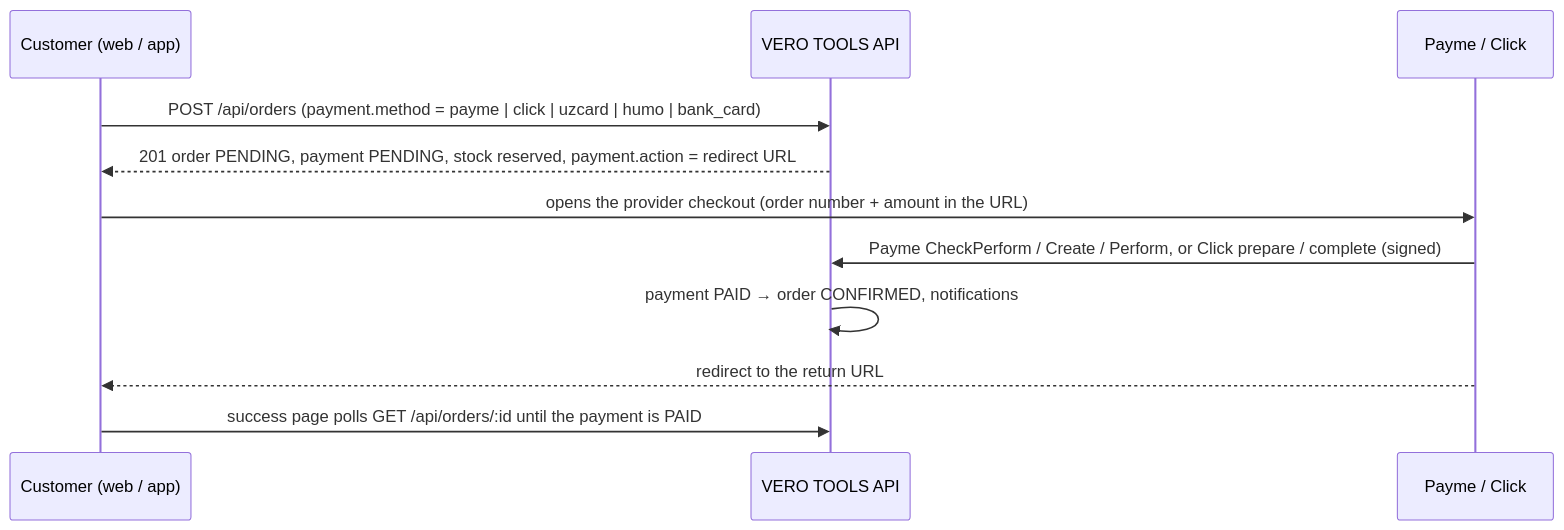
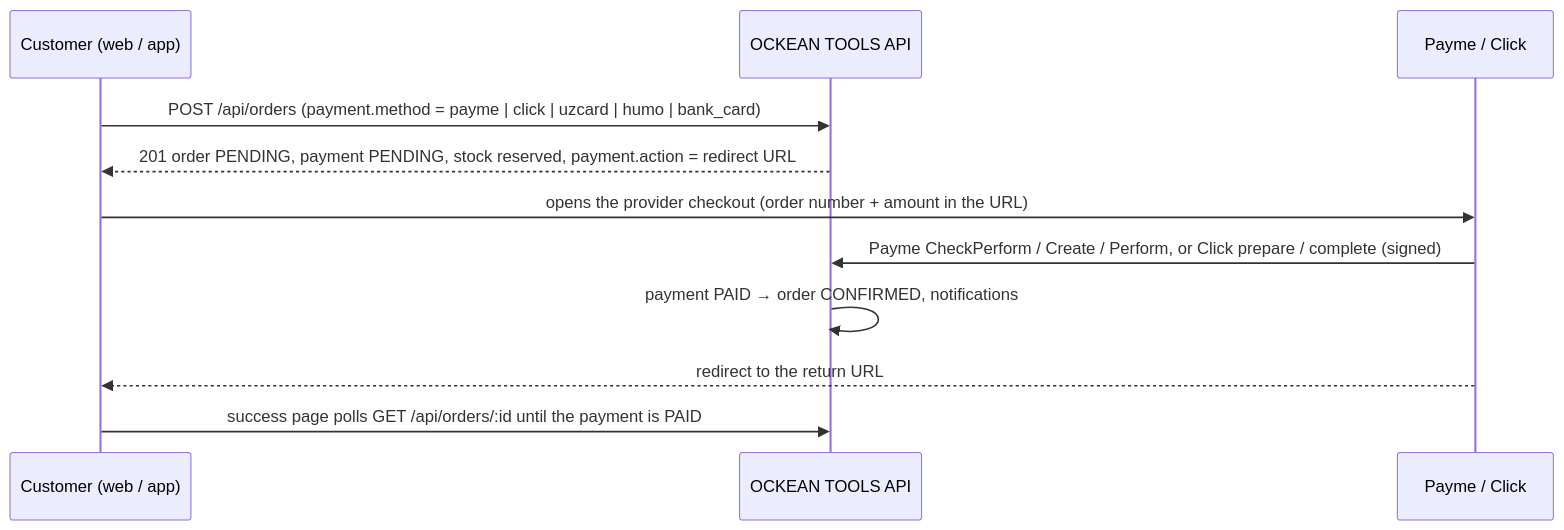
Before and after one commit to AbdulazizOrifjonov/VeroTools: the diagram in docs/PAYMENTS.md, drawn with Mermaid. The commit also changed other lines of this file and 151 other files, not shown here.

Commit message:
feat(branding): 100% complete rebranding to OCKEAN TOOLS with new logo, brand color (#FD8902), assets and metadata

````diff
--- a/docs/PAYMENTS.md
+++ b/docs/PAYMENTS.md
@@ -44,13 +44,13 @@
 ```mermaid
 sequenceDiagram
   participant C as Customer (web / app)
-  participant A as VERO TOOLS API
+  participant A as OCKEAN TOOLS API
   participant P as Payme / Click
   C->>A: POST /api/orders (payment.method = payme | click | uzcard | humo | bank_card)
   A-->>C: 201 order PENDING, payment PENDING, stock reserved, payment.action = redirect URL
   C->>P: opens the provider checkout (order number + amount in the URL)
   P->>A: Payme CheckPerform / Create / Perform, or Click prepare / complete (signed)
   A->>A: payment PAID → order CONFIRMED, notifications
   P-->>C: redirect to the return URL
   C->>A: success page polls GET /api/orders/:id until the payment is PAID
 ```
````
